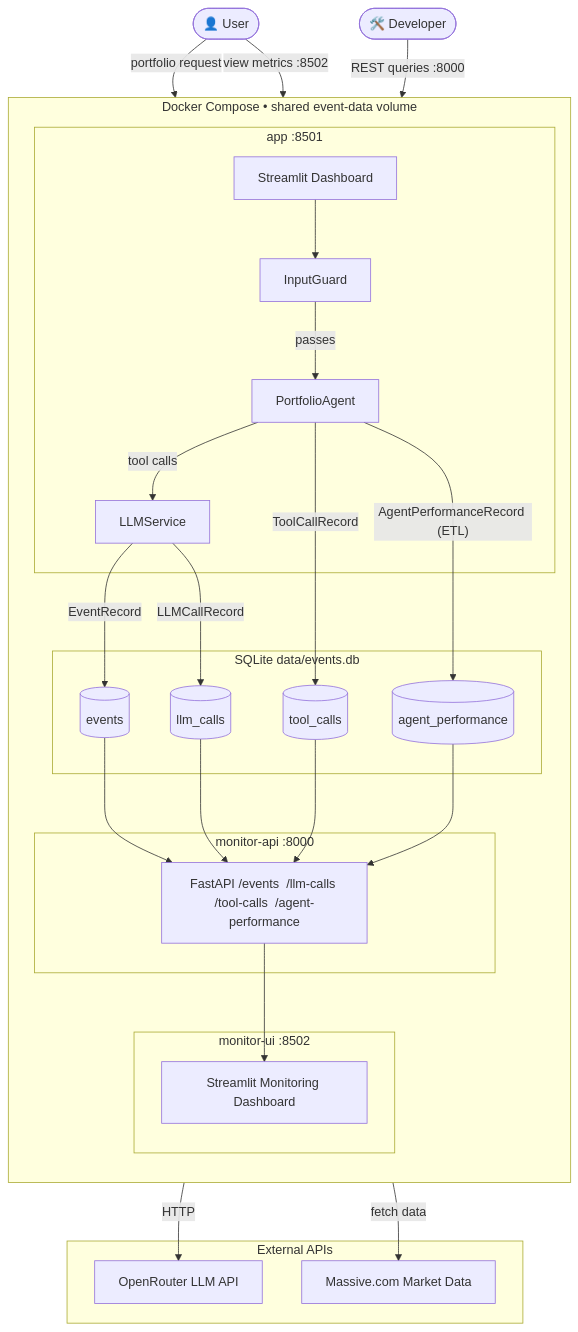
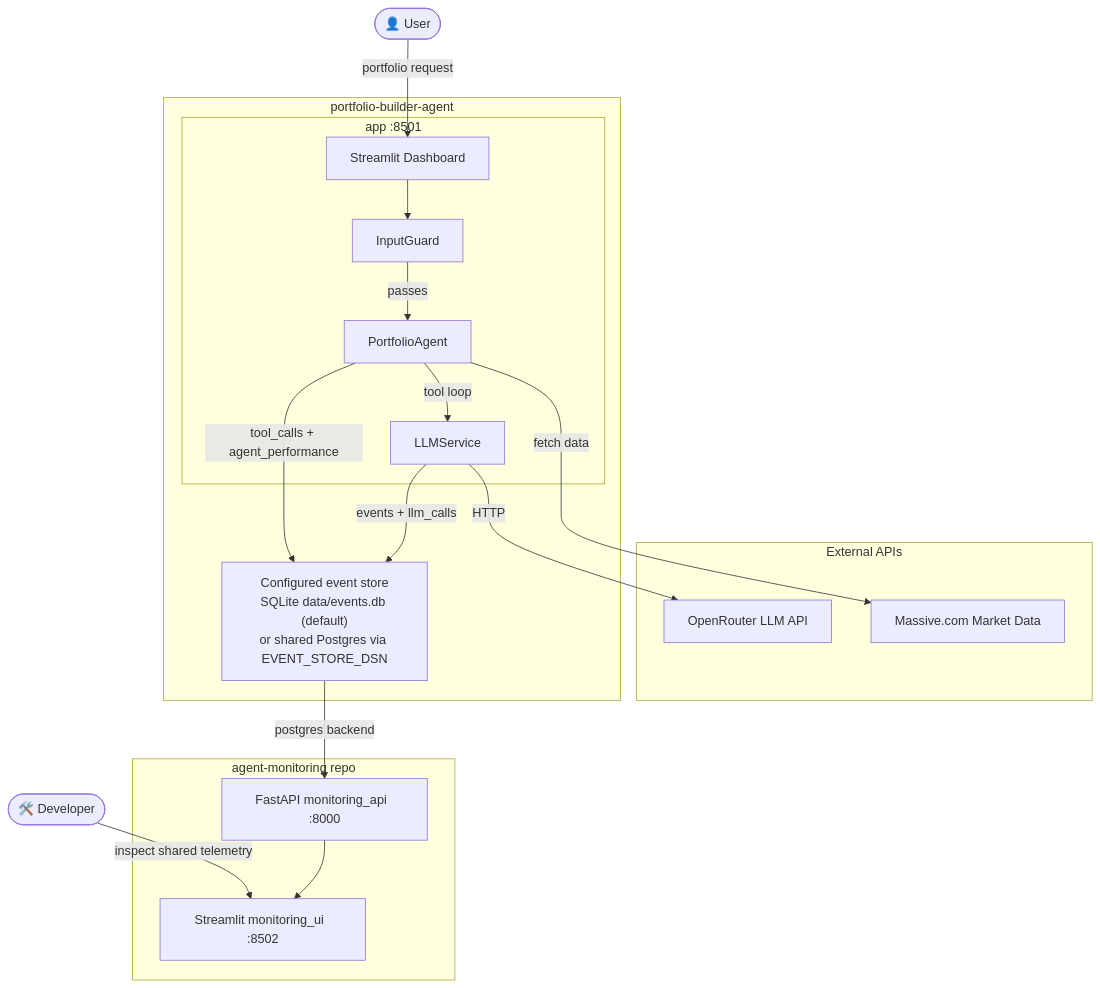
Before and after one commit to DivM11/portfolio-builder-agent: the first of 2 diagrams in README.md, drawn with Mermaid. The commit also changed other lines of this file, not shown here.

````diff
--- a/README.md
+++ b/README.md
@@ -22,54 +21,40 @@
 ```mermaid
 flowchart TD
     User(["👤 User"])
     Dev(["🛠️ Developer"])
 
     subgraph External["External APIs"]
         OR["OpenRouter LLM API"]
         MC["Massive.com Market Data"]
     end
 
-    subgraph Compose["Docker Compose  •  shared event-data volume"]
-        direction TB
-
+    subgraph PortfolioRepo["portfolio-builder-agent"]
         subgraph AppSvc["app  :8501"]
             UI["Streamlit Dashboard"]
             Guard["InputGuard"]
             Agent["PortfolioAgent"]
             LLM["LLMService"]
         end
 
-        subgraph Store["SQLite  data/events.db"]
-            T1[("events")]
-            T2[("llm_calls")]
-            T3[("tool_calls")]
-            T4[("agent_performance")]
-        end
+        Store["Configured event store\nSQLite data/events.db (default)\nor shared Postgres via EVENT_STORE_DSN"]
+    end
 
-        subgraph MonAPI["monitor-api  :8000"]
-            FA["FastAPI /events  /llm-calls /tool-calls  /agent-performance"]
-        end
-
-        subgraph MonUI["monitor-ui  :8502"]
-            MUI["Streamlit Monitoring Dashboard"]
-        end
+    subgraph MonitoringRepo["agent-monitoring repo"]
+        API["FastAPI monitoring_api  :8000"]
+        MUI["Streamlit monitoring_ui  :8502"]
     end
 
     User -- "portfolio request" --> UI
     UI --> Guard
     Guard -- "passes" --> Agent
-    Agent -- "tool calls" --> LLM
+    Agent -- "tool loop" --> LLM
     LLM -- "HTTP" --> OR
     Agent -- "fetch data" --> MC
 
-    LLM -- "LLMCallRecord" --> T2
-    Agent -- "ToolCallRecord" --> T3
-    Agent -- "AgentPerformanceRecord (ETL)" --> T4
-    LLM -- "EventRecord" --> T1
+    LLM -- "events + llm_calls" --> Store
+    Agent -- "tool_calls + agent_performance" --> Store
 
-    T1 & T2 & T3 & T4 --> FA
-    FA --> MUI
-
-    User -- "view metrics  :8502" --> MUI
-    Dev -- "REST queries  :8000" --> FA
+    Store -- "postgres backend" --> API
+    API --> MUI
+    Dev -- "inspect shared telemetry" --> MUI
 ```
````
